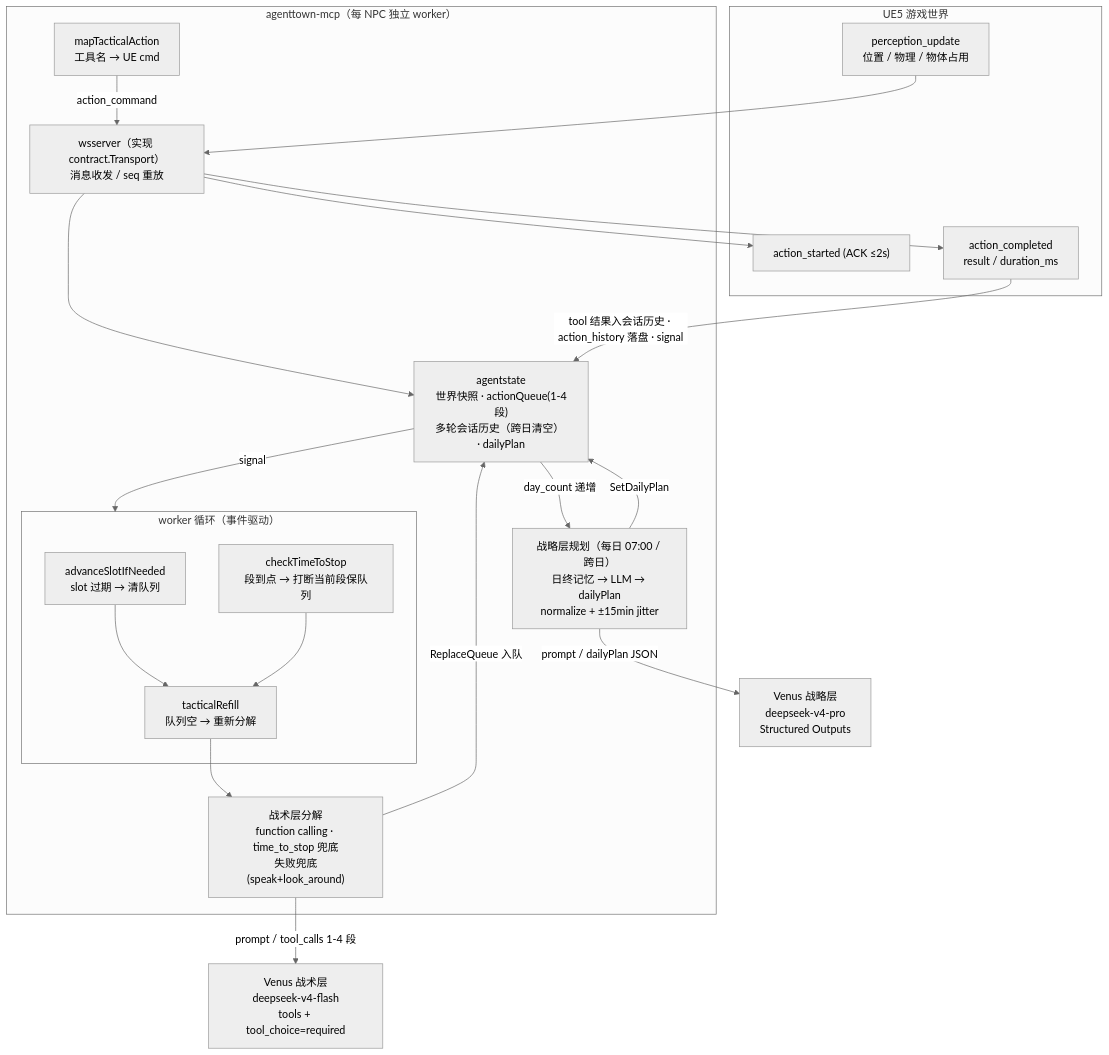
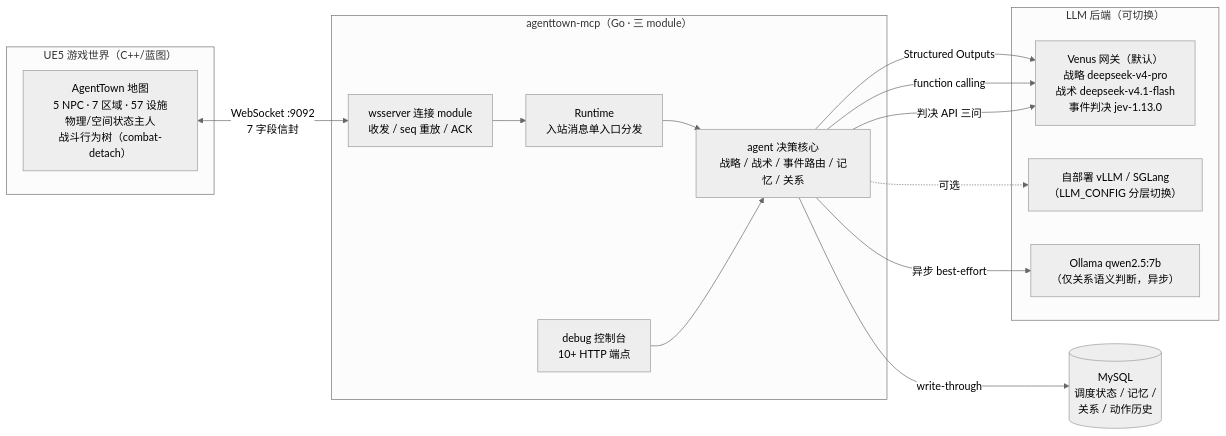
One commit to yitian-chen/SmartNPC changed the first of 3 diagrams in README.md. Above: the diagram before and after it, drawn with Mermaid (neutral theme). The commit also changed other lines of this file, not shown here.

````diff
--- a/README.md
+++ b/README.md
@@ -50,48 +28,28 @@
 ```mermaid
-flowchart TB
-    subgraph UE5["UE5 游戏世界"]
-        P["perception_update<br/>位置 / 物理 / 物体占用"]
-        ACK["action_started (ACK ≤2s)"]
-        DONE["action_completed<br/>result / duration_ms"]
+graph LR
+    subgraph UE["UE5 游戏世界（C++/蓝图）"]
+        UE5["AgentTown 地图<br/>5 NPC · 7 区域 · 57 设施<br/>物理/空间状态主人<br/>战斗行为树（combat-detach）"]
     end
+    subgraph MCP["agenttown-mcp（Go · 三 module）"]
+        WS["wsserver 连接 module<br/>收发 / seq 重放 / ACK"]
+        RT["Runtime<br/>入站消息单入口分发"]
+        AG["agent 决策核心<br/>战略 / 战术 / 事件路由 / 记忆 / 关系"]
+        DBG["debug 控制台<br/>10+ HTTP 端点"]
+    end
+    subgraph LLM["LLM 后端（可切换）"]
+        VENUS["Venus 网关（默认）<br/>战略 deepseek-v4-pro<br/>战术 deepseek-v4.1-flash<br/>事件判决 jev-1.13.0"]
+        SELF["自部署 vLLM / SGLang<br/>（LLM_CONFIG 分层切换）"]
+        OLLAMA["Ollama qwen2.5:7b<br/>（仅关系语义判断，异步）"]
+    end
+    MYSQL[("MySQL<br/>调度状态 / 记忆 /<br/>关系 / 动作历史")]
 
-    subgraph MCP["agenttown-mcp（每 NPC 独立 worker）"]
-        WS["wsserver（实现 contract.Transport）<br/>消息收发 / seq 重放"]
-        AS["agentstate<br/>世界快照 · actionQueue(1-4段)<br/>多轮会话历史（跨日清空） · dailyPlan"]
-
-        subgraph W["worker 循环（事件驱动）"]
-            ADV["advanceSlotIfNeeded<br/>slot 过期 → 清队列"]
-            CHK["checkTimeToStop<br/>段到点 → 打断当前段保队列"]
-            REF["tacticalRefill<br/>队列空 → 重新分解"]
-        end
-
-        TAC["战术层分解<br/>function calling · time_to_stop 兜底<br/>失败兜底(speak+look_around)"]
-        STR["战略层规划（每日 07:00 / 跨日）<br/>日终记忆 → LLM → dailyPlan<br/>normalize + ±15min jitter"]
-        MAP["mapTacticalAction<br/>工具名 → UE cmd"]
-    end
-
-    VT["Venus 战术层<br/>deepseek-v4-flash<br/>tools + tool_choice=required"]
-    VS["Venus 战略层<br/>deepseek-v4-pro<br/>Structured Outputs"]
-
-    %% 感知流
-    P --> WS --> AS
-    AS -->|"signal"| W
-
-    %% 战术决策流
-    ADV --> REF
-    CHK --> REF
-    REF --> TAC
-    TAC -->|"prompt / tool_calls 1-4 段"| VT
-    TAC -->|"ReplaceQueue 入队"| AS
-
-    %% 战略决策流
-    AS -->|"day_count 递增"| STR
-    STR -->|"prompt / dailyPlan JSON"| VS
-    STR -->|"SetDailyPlan"| AS
-
-    %% 执行流
-    MAP -->|"action_command"| WS
-    WS --> ACK
-    WS --> DONE
-    DONE -->|"tool 结果入会话历史 · action_history 落盘 · signal"| AS
+    UE5 <-->|"WebSocket :9092<br/>7 字段信封"| WS
+    WS --> RT --> AG
+    AG -->|"Structured Outputs"| VENUS
+    AG -->|"function calling"| VENUS
+    AG -->|"判决 API 三问"| VENUS
+    AG -.->|可选| SELF
+    AG -->|异步 best-effort| OLLAMA
+    AG -->|"write-through"| MYSQL
+    DBG --> AG
 ```
````
